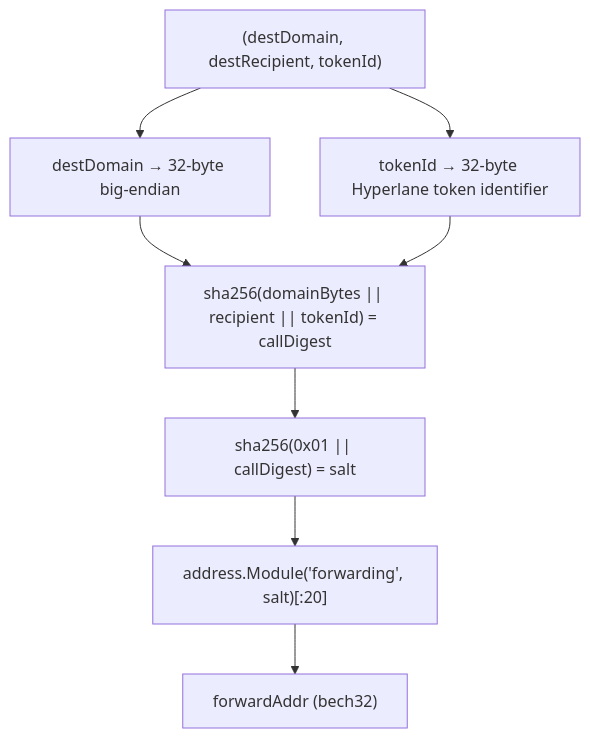
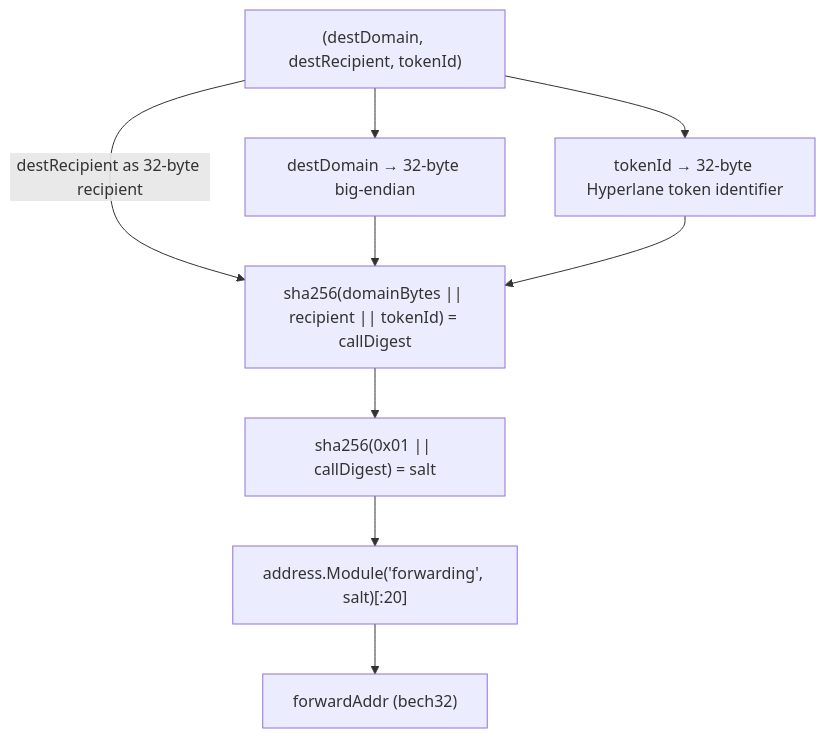
The first of 2 diagrams in x/forwarding/CLAUDE.md (celestiaorg/celestia-app), drawn with Mermaid before and after one commit. The commit also changed 1 other file, not shown here.

Commit message:
chore: claude nits

````diff
--- a/x/forwarding/CLAUDE.md
+++ b/x/forwarding/CLAUDE.md
@@ -18,10 +18,11 @@
 ```mermaid
 flowchart TD
     A["(destDomain, destRecipient, tokenId)"] --> B["destDomain → 32-byte big-endian"]
     A --> C["tokenId → 32-byte Hyperlane token identifier"]
+    A -->|destRecipient as 32-byte recipient| D["sha256(domainBytes || recipient || tokenId) = callDigest"]
     B --> D["sha256(domainBytes || recipient || tokenId) = callDigest"]
     C --> D
     D --> E["sha256(0x01 || callDigest) = salt"]
     E --> F["address.Module('forwarding', salt)[:20]"]
     F --> G["forwardAddr (bech32)"]
 ```
````
